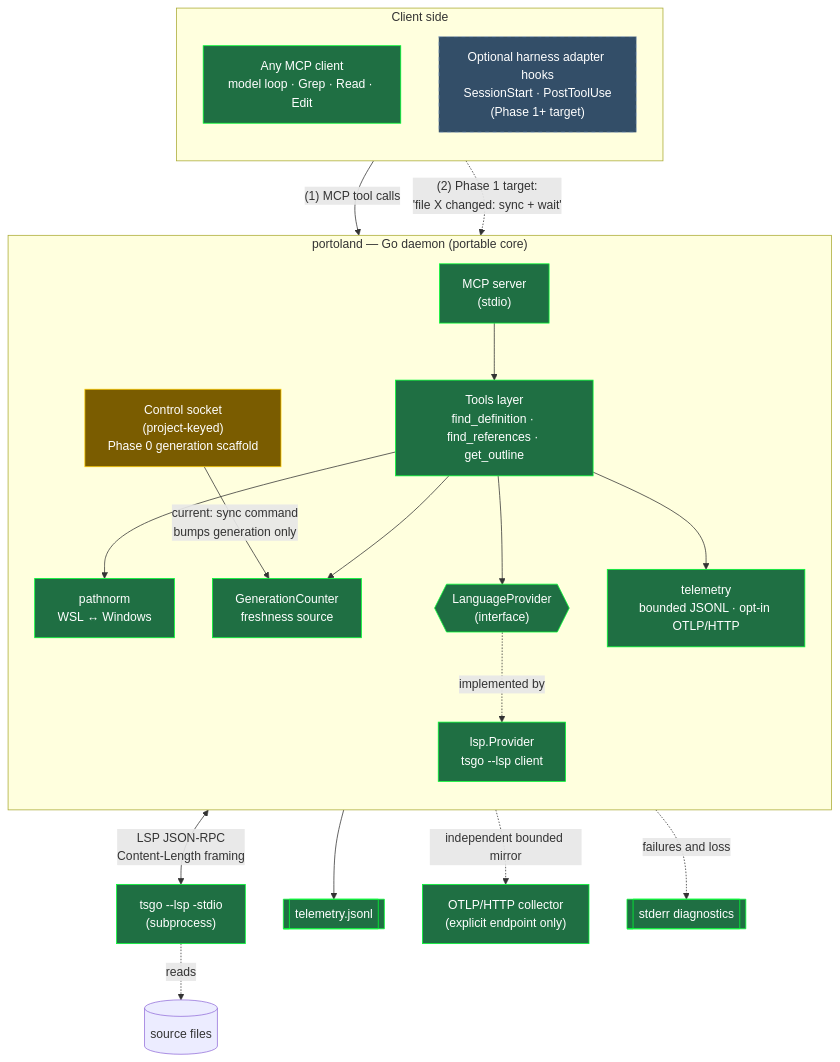
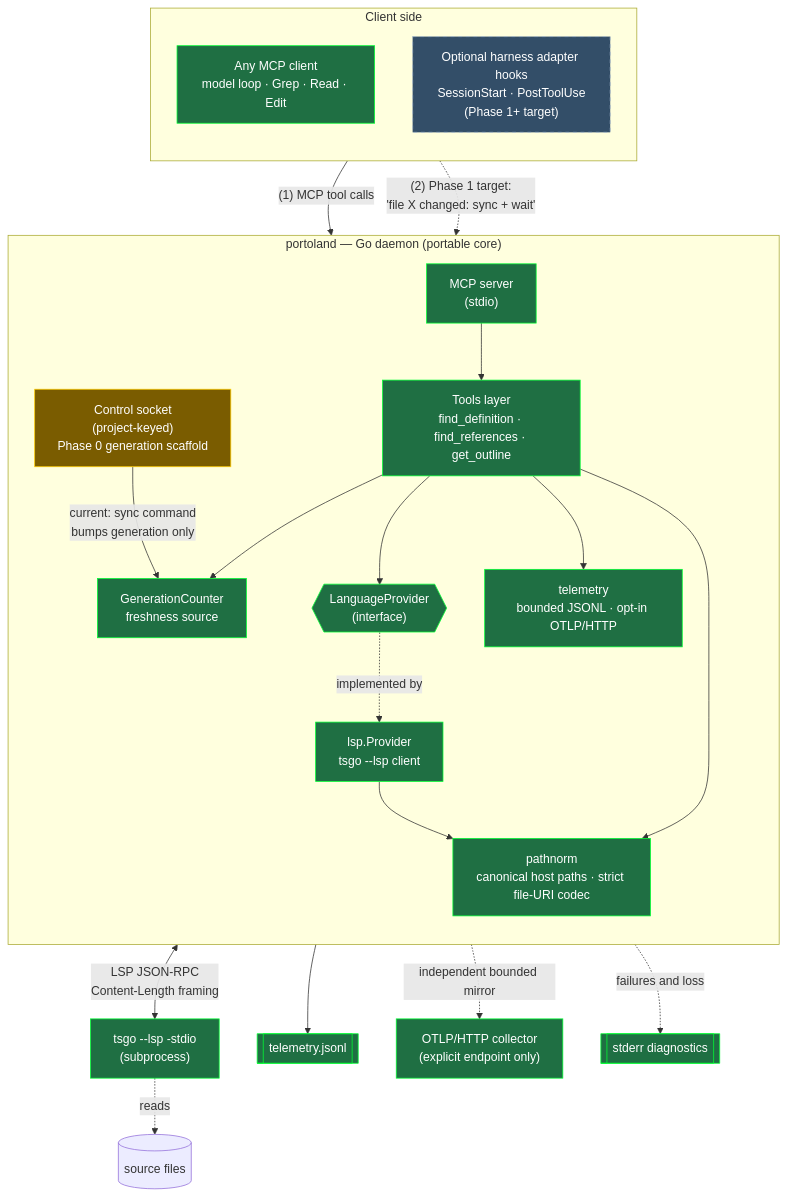
The first of 6 diagrams in ARCHITECTURE.md (skflowne/portolan), drawn with Mermaid before and after one commit. The commit also changed other lines of this file and 5 other files, not shown here.

Commit message:
Adopt canonical LSP path identity

````diff
--- a/ARCHITECTURE.md
+++ b/ARCHITECTURE.md
@@ -20,48 +20,49 @@
 ```mermaid
 flowchart TB
     subgraph Clients["Client side"]
         direction TB
         Model["Any MCP client<br/>model loop · Grep · Read · Edit"]
         Hooks["Optional harness adapter hooks<br/>SessionStart · PostToolUse<br/>(Phase 1+ target)"]
     end
 
     subgraph Daemon["portoland — Go daemon (portable core)"]
         direction TB
         MCP["MCP server<br/>(stdio)"]
         Ctl["Control socket<br/>(project-keyed)<br/>Phase 0 generation scaffold"]
         Tools["Tools layer<br/>find_definition · find_references · get_outline"]
         Gen["GenerationCounter<br/>freshness source"]
         Prov{{"LanguageProvider<br/>(interface)"}}
         LSP["lsp.Provider<br/>tsgo --lsp client"]
-        Path["pathnorm<br/>WSL ↔ Windows"]
+        Path["pathnorm<br/>canonical host paths · strict file-URI codec"]
         Tel["telemetry<br/>bounded JSONL · opt-in OTLP/HTTP"]
     end
 
     Tsgo["tsgo --lsp -stdio<br/>(subprocess)"]
     Files[("source files")]
     JSONL[["telemetry.jsonl"]]
     OTLP["OTLP/HTTP collector<br/>(explicit endpoint only)"]
     Stderr[["stderr diagnostics"]]
 
     Model -->|"(1) MCP tool calls"| MCP
     Hooks -.->|"(2) Phase 1 target:<br/>'file X changed: sync + wait'"| Ctl
     MCP --> Tools
     Tools --> Path
     Tools --> Gen
     Tools --> Prov
     Tools --> Tel
     Prov -. implemented by .-> LSP
+    LSP --> Path
     LSP <-->|"LSP JSON-RPC<br/>Content-Length framing"| Tsgo
     Tsgo -.reads.-> Files
     Ctl -->|"current: sync command<br/>bumps generation only"| Gen
     Tel --> JSONL
     Tel -. independent bounded mirror .-> OTLP
     Tel -. failures and loss .-> Stderr
 
     classDef built fill:#1f6f43,stroke:#0f3,color:#fff;
     classDef scaffold fill:#7a5c00,stroke:#fc0,color:#fff;
     classDef future fill:#334e68,stroke:#9fb3c8,color:#fff,stroke-dasharray: 5 5;
     class Model,MCP,Tools,Gen,Prov,LSP,Path,Tel,Tsgo,JSONL,OTLP,Stderr built;
     class Ctl scaffold;
     class Hooks future;
 ```
````
